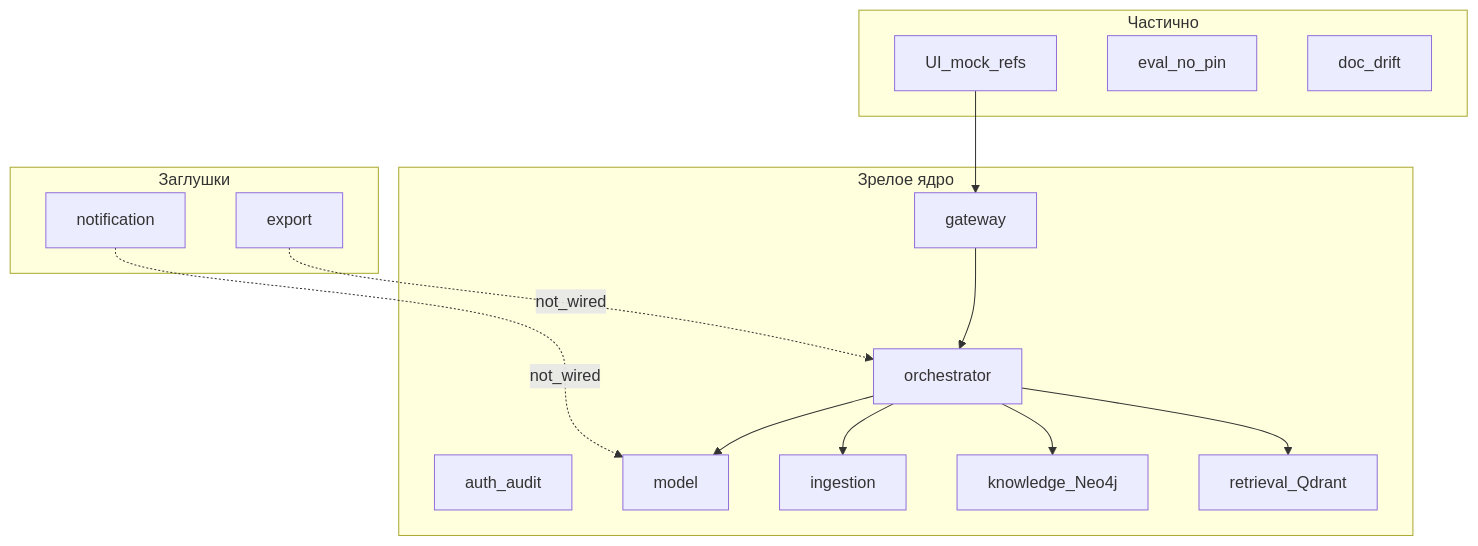
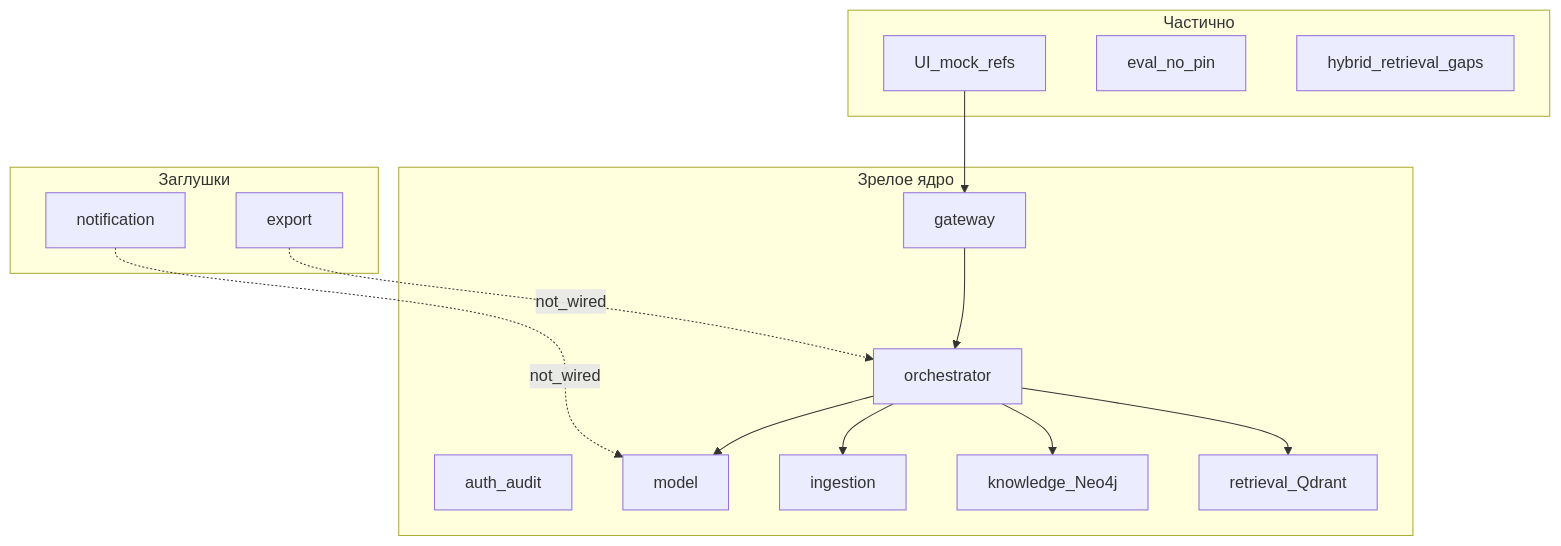
One commit to EstrNous/ScientificTangle changed the second of 2 diagrams in docs/agent_context/implementation_quality_report.md. Above: the diagram before and after it, drawn with Mermaid. The commit also changed other lines of this file and 17 other files, not shown here.

````diff
--- a/docs/agent_context/implementation_quality_report.md
+++ b/docs/agent_context/implementation_quality_report.md
@@ -315,29 +313,29 @@
 ```mermaid
 flowchart TB
   subgraph mature [Зрелое ядро]
     Auth[auth_audit]
     Model[model]
     Orch[orchestrator]
     Ingest[ingestion]
     Know[knowledge_Neo4j]
     Retr[retrieval_Qdrant]
     GW[gateway]
   end
   subgraph partial [Частично]
     UI[UI_mock_refs]
     Eval[eval_no_pin]
-    Docs[doc_drift]
+    Hybrid[hybrid_retrieval_gaps]
   end
   subgraph stubs [Заглушки]
     Export[export]
     Notif[notification]
   end
   UI --> GW
   GW --> Orch
   Orch --> Ingest
   Orch --> Know
   Orch --> Retr
   Orch --> Model
   Export -.->|not_wired| Orch
   Notif -.->|not_wired| Model
 ```
````
